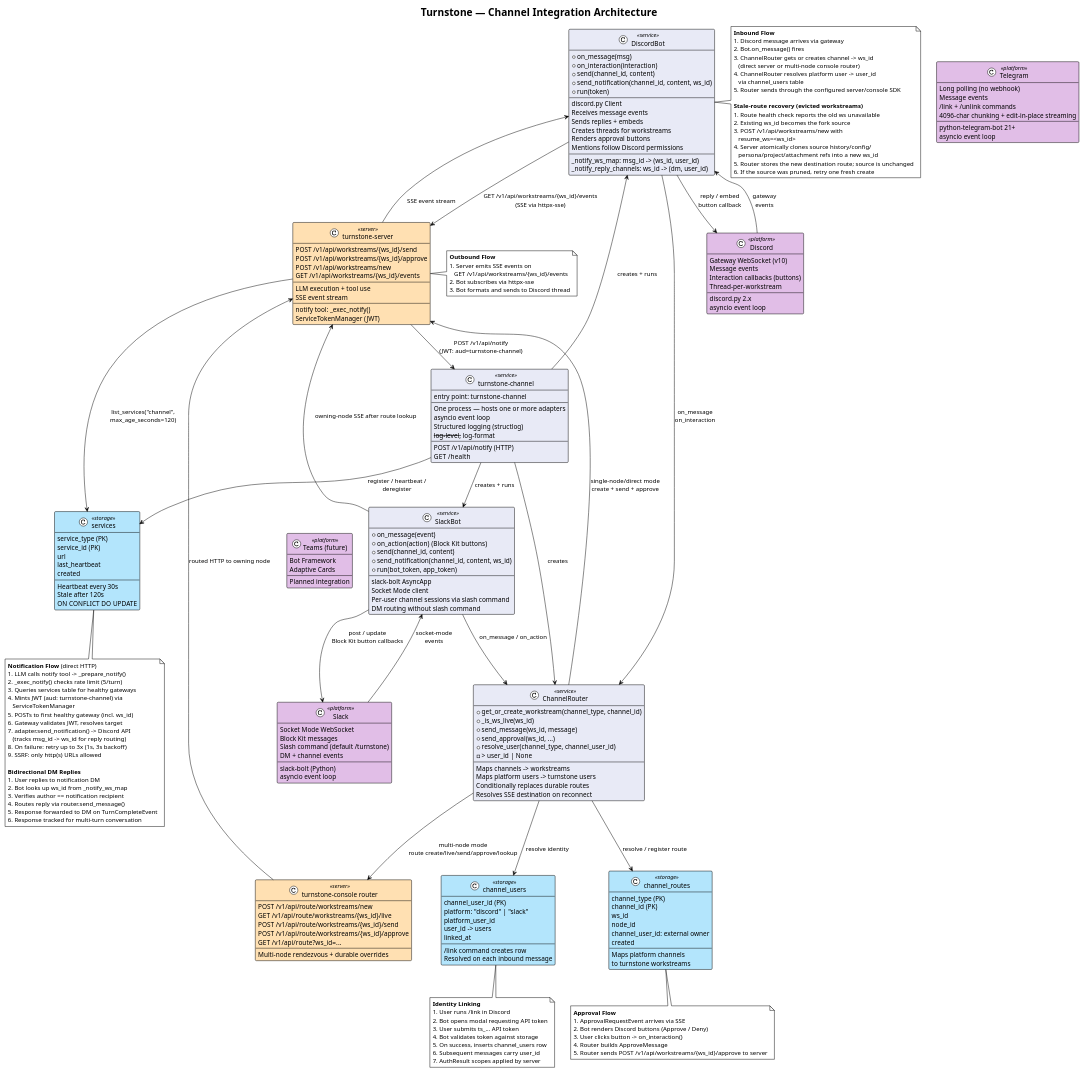
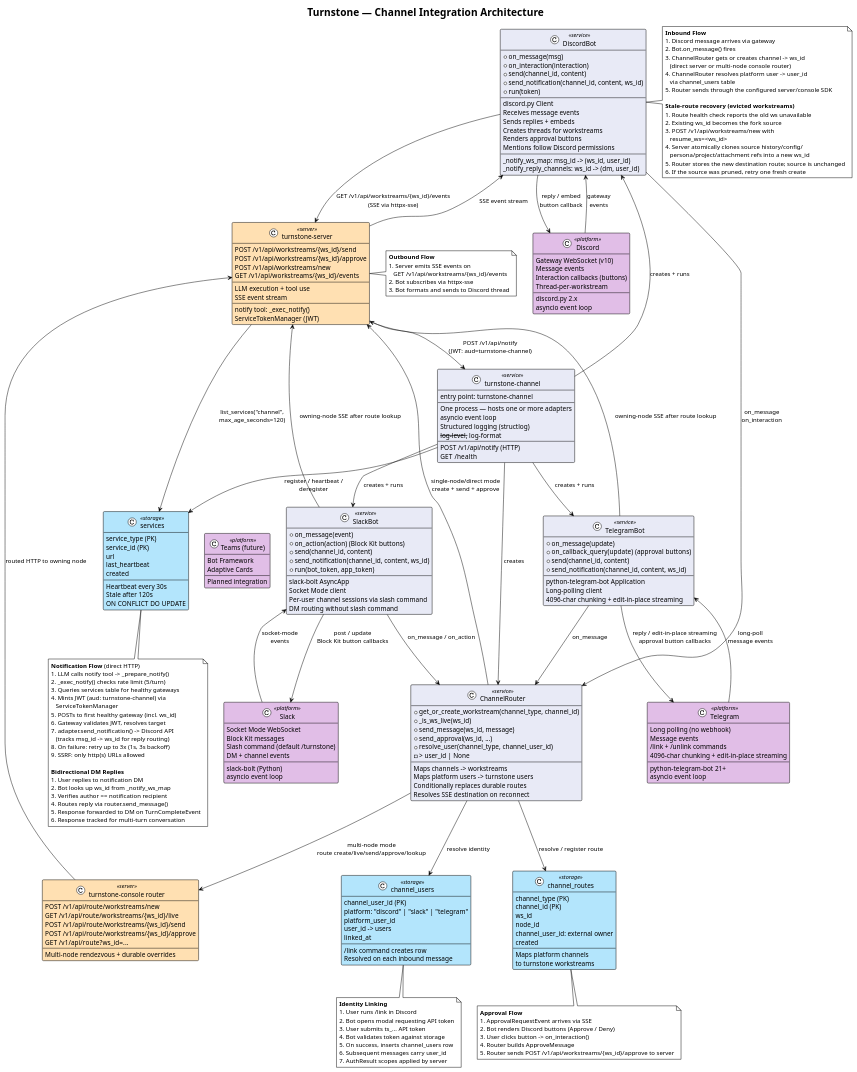
The diagram in docs/diagrams/16-channel-architecture.puml (yarruslan/turnstone), drawn with PlantUML before and after one commit. The commit also changed 1 other file, not shown here.

Commit message:
docs(diagrams): wire Telegram into channel integration architecture
Adds the missing TelegramBot service node and its edges so the Telegram
platform box is no longer orphaned, mirroring the Discord/Slack pattern and
matching the implemented adapter connections:
- Telegram -> TelegramBot (long-poll message events)
- TelegramBot -> Router (on_message)
- TelegramBot -> Server (owning-node SSE after route lookup)
- TelegramBot -> Telegram (reply / edit-in-place streaming + approval
  button callbacks)
- ChannelService -> TelegramBot (creates + runs)

Also adds telegram to the channel_users platform enumeration (discord |
slack | telegram) to match the shipped adapters. Regenerates the 16 PNG in
place via PlantUML (LFS pointer, not raw bytes).

```diff
--- a/docs/diagrams/16-channel-architecture.puml
+++ b/docs/diagrams/16-channel-architecture.puml
@@ -91,6 +91,17 @@
     _notify_reply_channels: ws_id -> (dm, user_id)
 }
 
+class "TelegramBot" as TelegramBot <<service>> {
+    +on_message(update)
+    +on_callback_query(update)  (approval buttons)
+    +send(channel_id, content)
+    +send_notification(channel_id, content, ws_id)
+    --
+    python-telegram-bot Application
+    Long-polling client
+    4096-char chunking + edit-in-place streaming
+}
+
 class "ChannelRouter" as Router <<service>> {
     +get_or_create_workstream(channel_type, channel_id)
     +_is_ws_live(ws_id)
@@ -132,7 +143,7 @@
 ' -- Storage --
 class "channel_users" as CU <<storage>> {
     channel_user_id (PK)
-    platform: "discord" | "slack"
+    platform: "discord" | "slack" | "telegram"
     platform_user_id
     user_id -> users
     linked_at
@@ -184,10 +195,16 @@
 SlackBot --> Server : owning-node SSE after route lookup
 SlackBot --> Slack : post / update\nBlock Kit button callbacks
 
+Telegram --> TelegramBot : long-poll\nmessage events
+TelegramBot --> Router : on_message
+TelegramBot --> Server : owning-node SSE after route lookup
+TelegramBot --> Telegram : reply / edit-in-place streaming\napproval button callbacks
+
 Teams .[hidden]. Slack
 
 ChannelService --> Bot : creates + runs
 ChannelService --> SlackBot : creates + runs
+ChannelService --> TelegramBot : creates + runs
 ChannelService --> Router : creates
 ChannelService --> SVC : register / heartbeat /\nderegister
 
```
